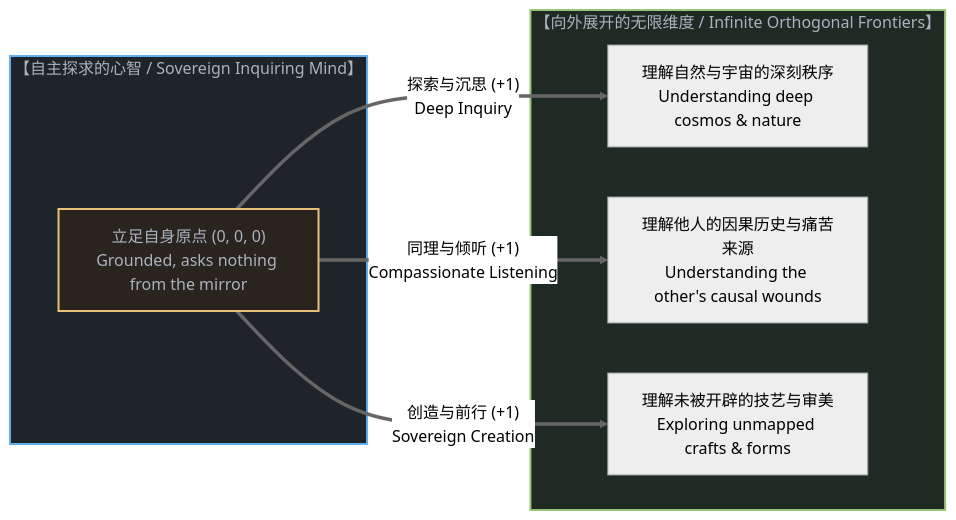
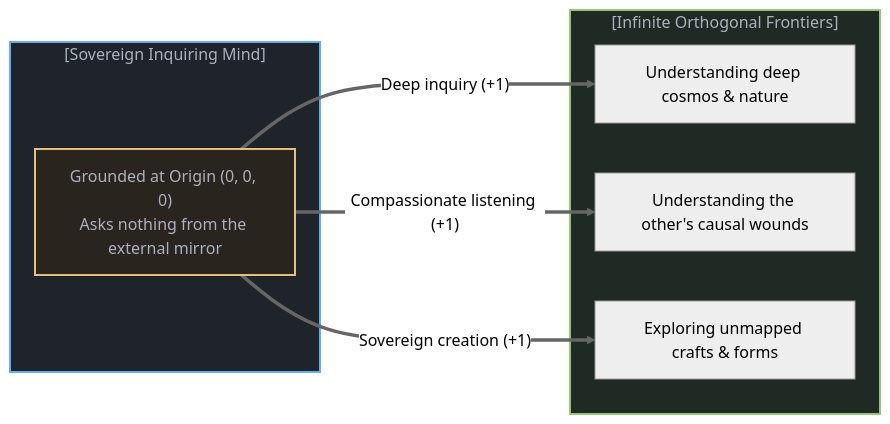
The eighth of 8 diagrams in content/posts/the-asymmetry-of-understanding.md (powerpig99/not-a-toe), drawn with Mermaid (neutral theme) before and after one commit. The commit also changed other lines of this file and 7 other files, not shown here.

````diff
--- a/content/posts/the-asymmetry-of-understanding.md
+++ b/content/posts/the-asymmetry-of-understanding.md
@@ -214,20 +340,20 @@
 ```mermaid
 graph LR
-    subgraph SovereignMind["【自主探求的心智 / Sovereign Inquiring Mind】"]
-        RootOrigin["立足自身原点 (0, 0, 0)<br>Grounded, asks nothing from the mirror"]
+    subgraph SovereignMind["[Sovereign Inquiring Mind]"]
+        RootOrigin["Grounded at Origin (0, 0, 0)<br>Asks nothing from the external mirror"]
     end
 
-    subgraph InfiniteFrontiers["【向外展开的无限维度 / Infinite Orthogonal Frontiers】"]
-        DimensionScience["理解自然与宇宙的深刻秩序<br>Understanding deep cosmos & nature"]
-        DimensionHuman["理解他人的因果历史与痛苦来源<br>Understanding the other's causal wounds"]
-        DimensionArt["理解未被开辟的技艺与审美<br>Exploring unmapped crafts & forms"]
+    subgraph InfiniteFrontiers["[Infinite Orthogonal Frontiers]"]
+        DimensionScience["Understanding deep cosmos & nature"]
+        DimensionHuman["Understanding the other's causal wounds"]
+        DimensionArt["Exploring unmapped crafts & forms"]
     end
 
-    RootOrigin ==>|"探索与沉思 (+1)<br>Deep Inquiry"| DimensionScience
-    RootOrigin ==>|"同理与倾听 (+1)<br>Compassionate Listening"| DimensionHuman
-    RootOrigin ==>|"创造与前行 (+1)<br>Sovereign Creation"| DimensionArt
+    RootOrigin ==>|"Deep inquiry (+1)"| DimensionScience
+    RootOrigin ==>|"Compassionate listening (+1)"| DimensionHuman
+    RootOrigin ==>|"Sovereign creation (+1)"| DimensionArt
 
     style SovereignMind fill:#1f242a,stroke:#61afef,stroke-width:2px,color:#abb2bf
     style InfiniteFrontiers fill:#1f2a24,stroke:#98c379,stroke-width:2px,color:#abb2bf
     style RootOrigin fill:#2a241f,stroke:#e5c07b,stroke-width:2px,color:#abb2bf
 ```
````
